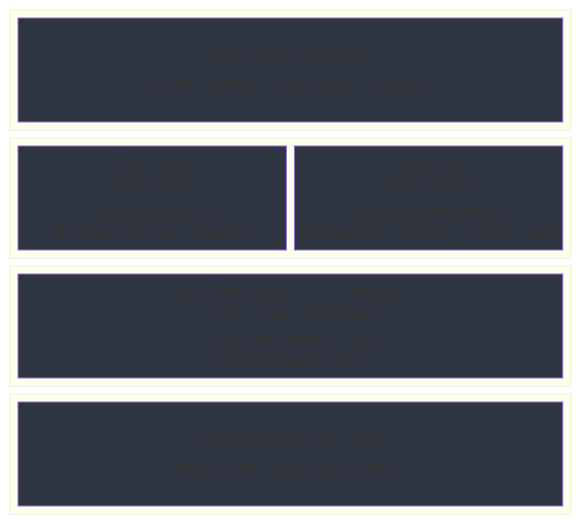
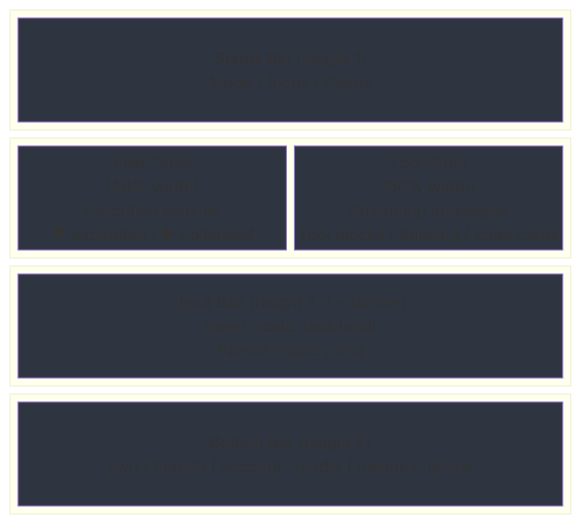
The sixth of 10 diagrams in ARCHITECTURE.md (rust-infra/tact), drawn with Mermaid before and after one commit. The commit also changed other lines of this file and 13 other files, not shown here.

First line of the commit message:
fix(tui): fold account into two-row bottom bar and sync docs

````diff
--- a/ARCHITECTURE.md
+++ b/ARCHITECTURE.md
@@ -376,29 +376,29 @@
 ```mermaid
 block-beta
     columns 1
     space
     block:status
         columns 1
-        status_bar["Status Bar (height 1)<br/>Status / model / token usage / balance"]
+        status_bar["Status Bar (height 1)<br/>Mode / focus / Status"]
     end
     block:main
         columns 2
         plan["Plan Panel<br/>(40% width)<br/>Execution plan list<br/>▼ expanded / ▶ collapsed"]
         log["Log Panel<br/>(60% width)<br/>Streaming messages<br/>Tool blocks / thinking / code cards"]
     end
     block:input
         columns 1
-        input_box["Input Box (height 1–3 + border)<br/>Insert mode: task input<br/>Command mode: :cmd<br/>Search mode: /term"]
+        input_box["Input Box (height 1–3 + border)<br/>Insert mode: task input<br/>Palette mode: /cmd"]
     end
     block:bottom
         columns 1
-        bottom_bar["Bottom Bar (height 2–3)<br/>Mode hints / shortcuts / uptime"]
+        bottom_bar["Bottom Bar (height 2)<br/>cwd / branch / account · model / tokens / uptime"]
     end
     space
 
     style status_bar fill:#2e3440,color:#eceff4
     style plan fill:#2e3440,color:#eceff4
     style log fill:#2e3440,color:#eceff4
     style input_box fill:#2e3440,color:#eceff4
     style bottom_bar fill:#2e3440,color:#eceff4
 ```
````
